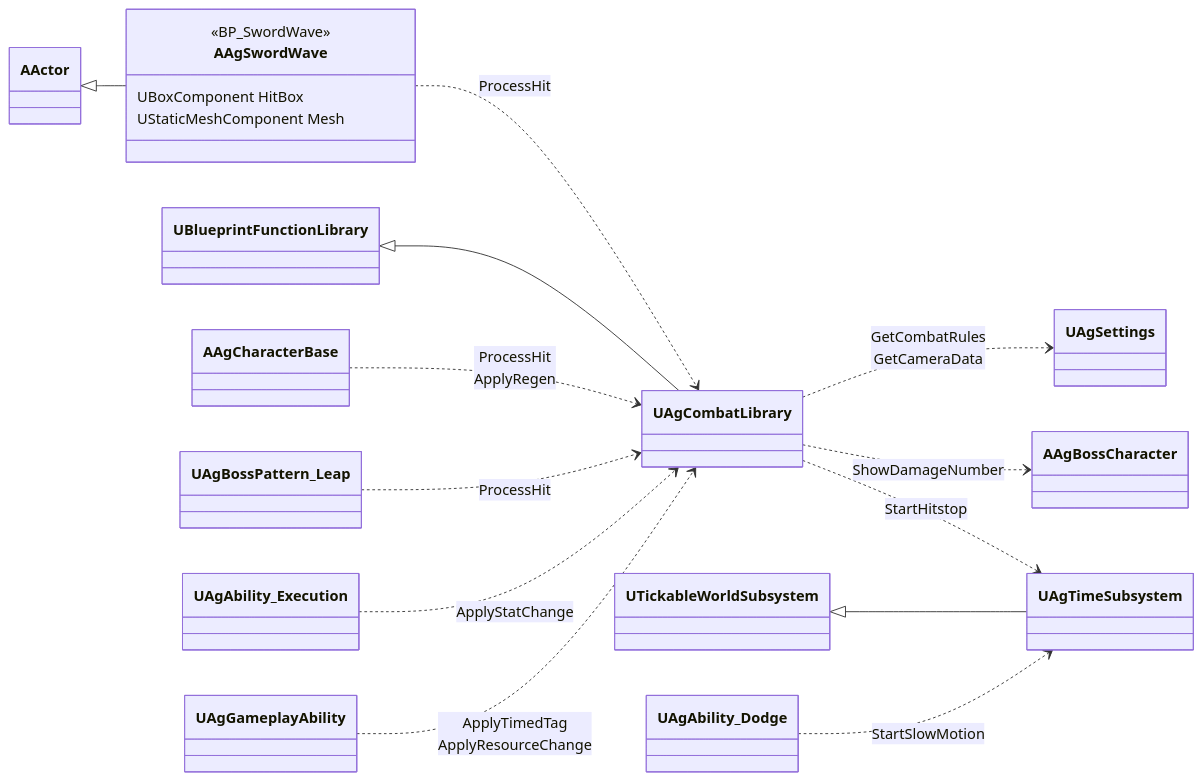
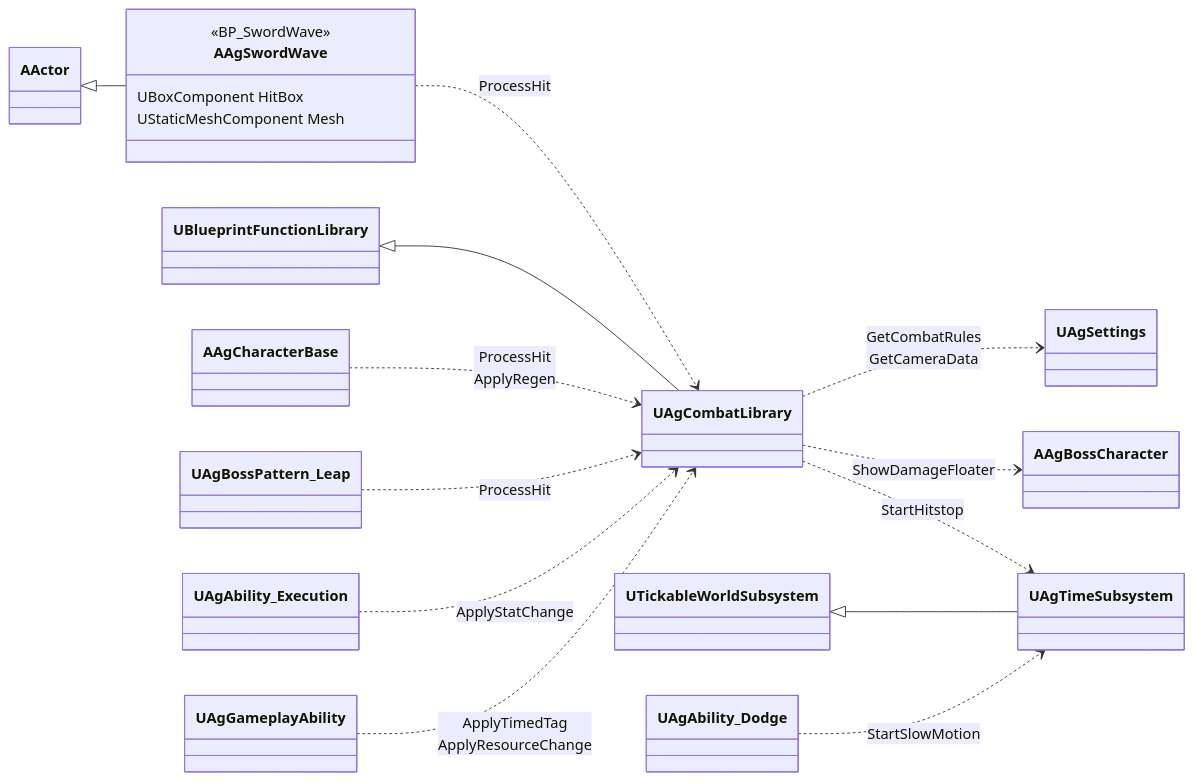
Before and after one commit to Woogl/Ag: the eighth of 20 diagrams in Docs/Program/클래스 구조도.md, drawn with Mermaid. The commit also changed other lines of this file and 25 other files, not shown here.

````diff
--- a/Docs/Program/클래스 구조도.md
+++ b/Docs/Program/클래스 구조도.md
@@ -325,22 +325,22 @@
 ```mermaid
 classDiagram
     direction LR
     class AAgSwordWave {
         <<BP_SwordWave>>
         UBoxComponent HitBox
         UStaticMeshComponent Mesh
     }
     UBlueprintFunctionLibrary <|-- UAgCombatLibrary
     UTickableWorldSubsystem <|-- UAgTimeSubsystem
     AActor <|-- AAgSwordWave
 
     AAgCharacterBase ..> UAgCombatLibrary : ProcessHit<br>ApplyRegen
     AAgSwordWave ..> UAgCombatLibrary : ProcessHit
     UAgBossPattern_Leap ..> UAgCombatLibrary : ProcessHit
     UAgAbility_Execution ..> UAgCombatLibrary : ApplyStatChange
     UAgGameplayAbility ..> UAgCombatLibrary : ApplyTimedTag<br>ApplyResourceChange
     UAgCombatLibrary ..> UAgTimeSubsystem : StartHitstop
     UAgAbility_Dodge ..> UAgTimeSubsystem : StartSlowMotion
-    UAgCombatLibrary ..> AAgBossCharacter : ShowDamageNumber
+    UAgCombatLibrary ..> AAgBossCharacter : ShowDamageFloater
     UAgCombatLibrary ..> UAgSettings : GetCombatRules<br>GetCameraData
 ```
````
